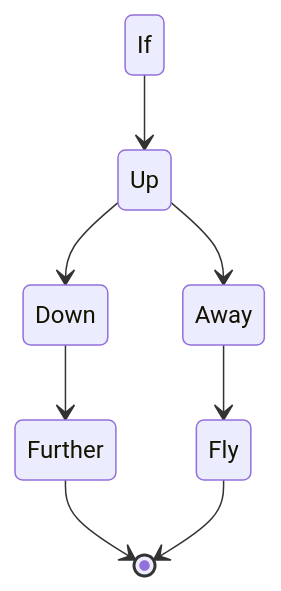
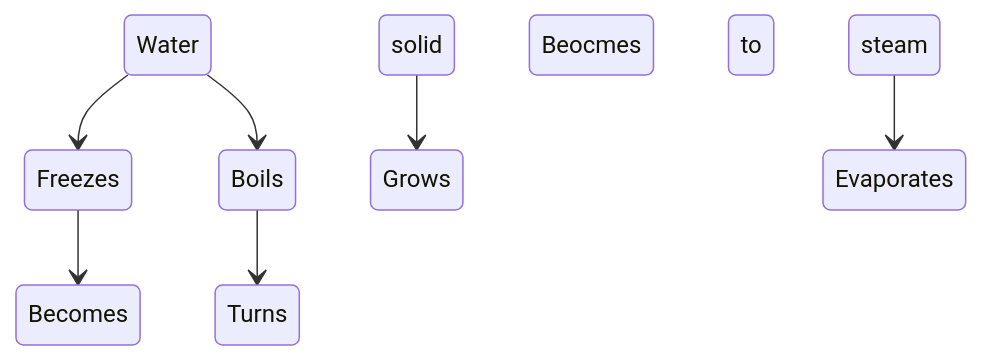
One commit to slaucks/slaucks.github.io changed the diagram in Diagram.md. Above: the diagram before and after it, drawn with Mermaid.

````diff
--- a/Diagram.md
+++ b/Diagram.md
@@ -1,12 +1,11 @@
 ```mermaid
 
 stateDiagram-v2
-    If --> Up
-    Up --> Down
+    Water --> Freezes
+    Water --> Boils
 
-    Down --> Further
-    Up --> Away
-    Away --> Fly
-    Further --> [*]
-    Fly --> [*]
+    Freezes --> Becomes solid
+    Beocmes solid --> Grows
+    Boils --> Turns to steam
+    Turns to steam --> Evaporates 
 ```
````
